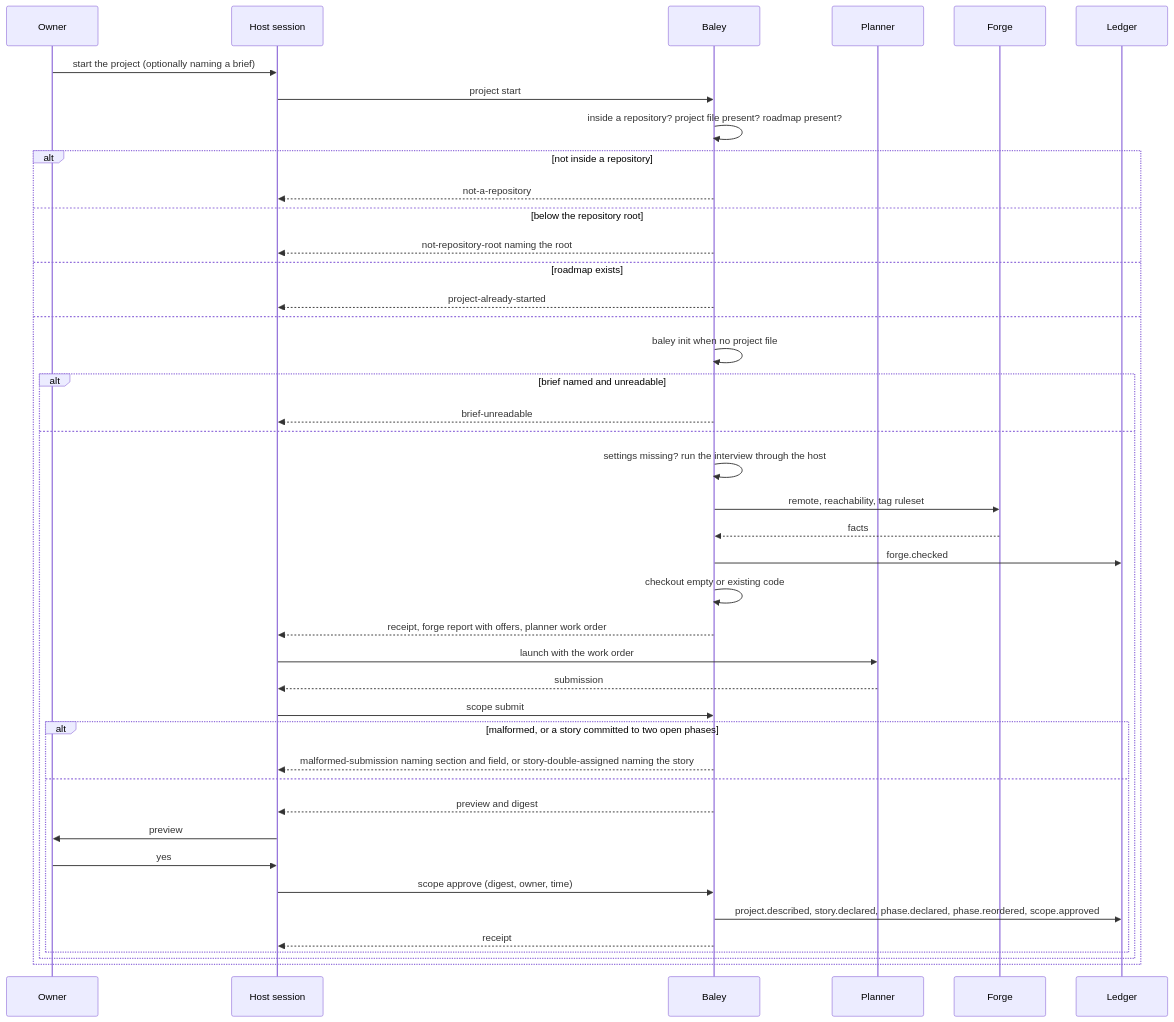
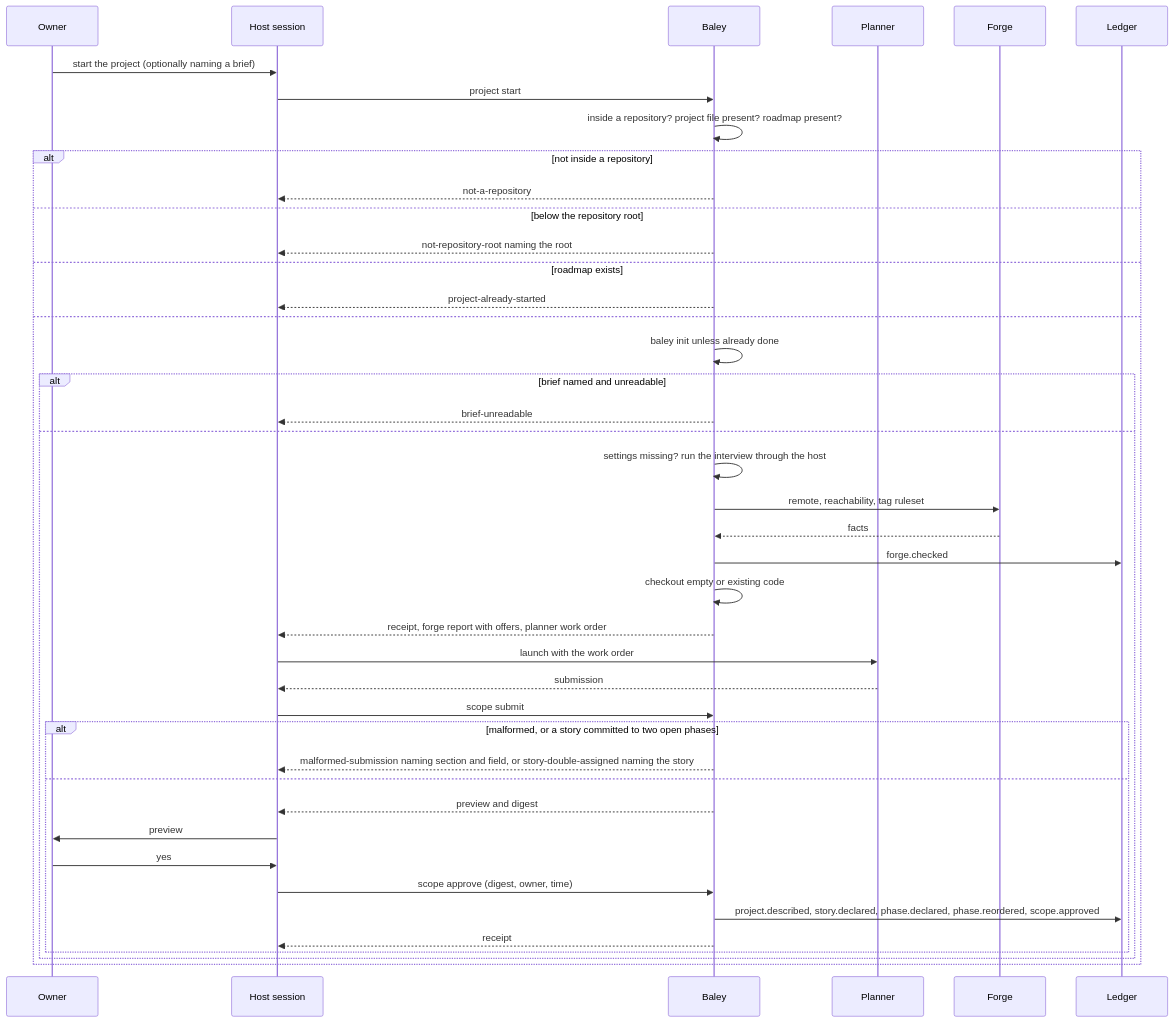
One commit to crenshawdev/baley changed the fourth of 5 diagrams in docs/design/0004-starting-a-project-and-changing-scope.md. Above: the diagram before and after it, drawn with Mermaid. The commit also changed other lines of this file, not shown here.

Commit message:
docs(design): let project start inherit init's bad-file refusal and rerun
project start runs baley init, so a baley.toml that does not parse refuses
before any interview reaches the owner, and a clone that has the committed
file still needs init to create its ledger project. The refusal row and
Figure 4 said neither.

````diff
--- a/docs/design/0004-starting-a-project-and-changing-scope.md
+++ b/docs/design/0004-starting-a-project-and-changing-scope.md
@@ -299,44 +299,44 @@
 ```mermaid
 sequenceDiagram
   participant O as Owner
   participant H as Host session
   participant B as Baley
   participant P as Planner
   participant F as Forge
   participant L as Ledger
   O->>H: start the project (optionally naming a brief)
   H->>B: project start
   B->>B: inside a repository? project file present? roadmap present?
   alt not inside a repository
     B-->>H: not-a-repository
   else below the repository root
     B-->>H: not-repository-root naming the root
   else roadmap exists
     B-->>H: project-already-started
   else
-    B->>B: baley init when no project file
+    B->>B: baley init unless already done
     alt brief named and unreadable
       B-->>H: brief-unreadable
     else
       B->>B: settings missing? run the interview through the host
       B->>F: remote, reachability, tag ruleset
       F-->>B: facts
       B->>L: forge.checked
       B->>B: checkout empty or existing code
       B-->>H: receipt, forge report with offers, planner work order
       H->>P: launch with the work order
       P-->>H: submission
       H->>B: scope submit
       alt malformed, or a story committed to two open phases
         B-->>H: malformed-submission naming section and field, or story-double-assigned naming the story
       else
         B-->>H: preview and digest
         H->>O: preview
         O->>H: yes
         H->>B: scope approve (digest, owner, time)
         B->>L: project.described, story.declared, phase.declared, phase.reordered, scope.approved
         B-->>H: receipt
       end
     end
   end
 ```
````
